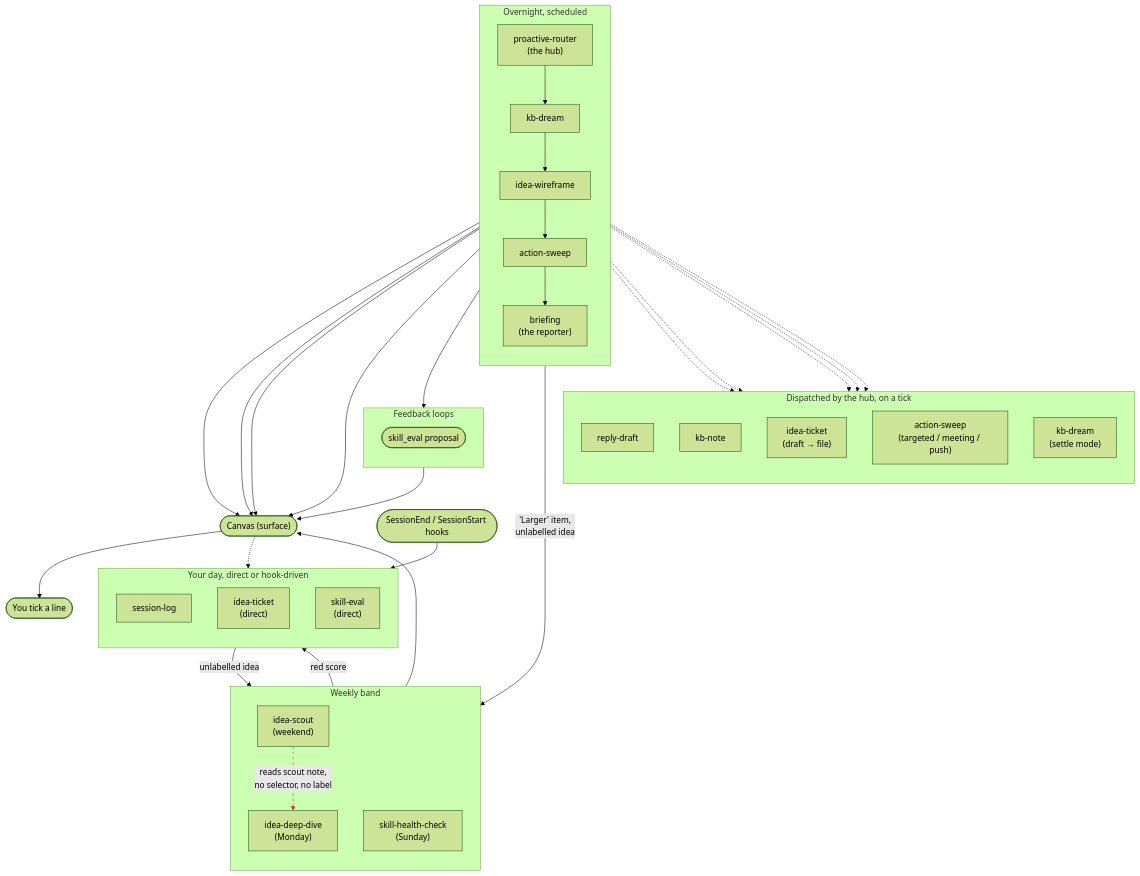
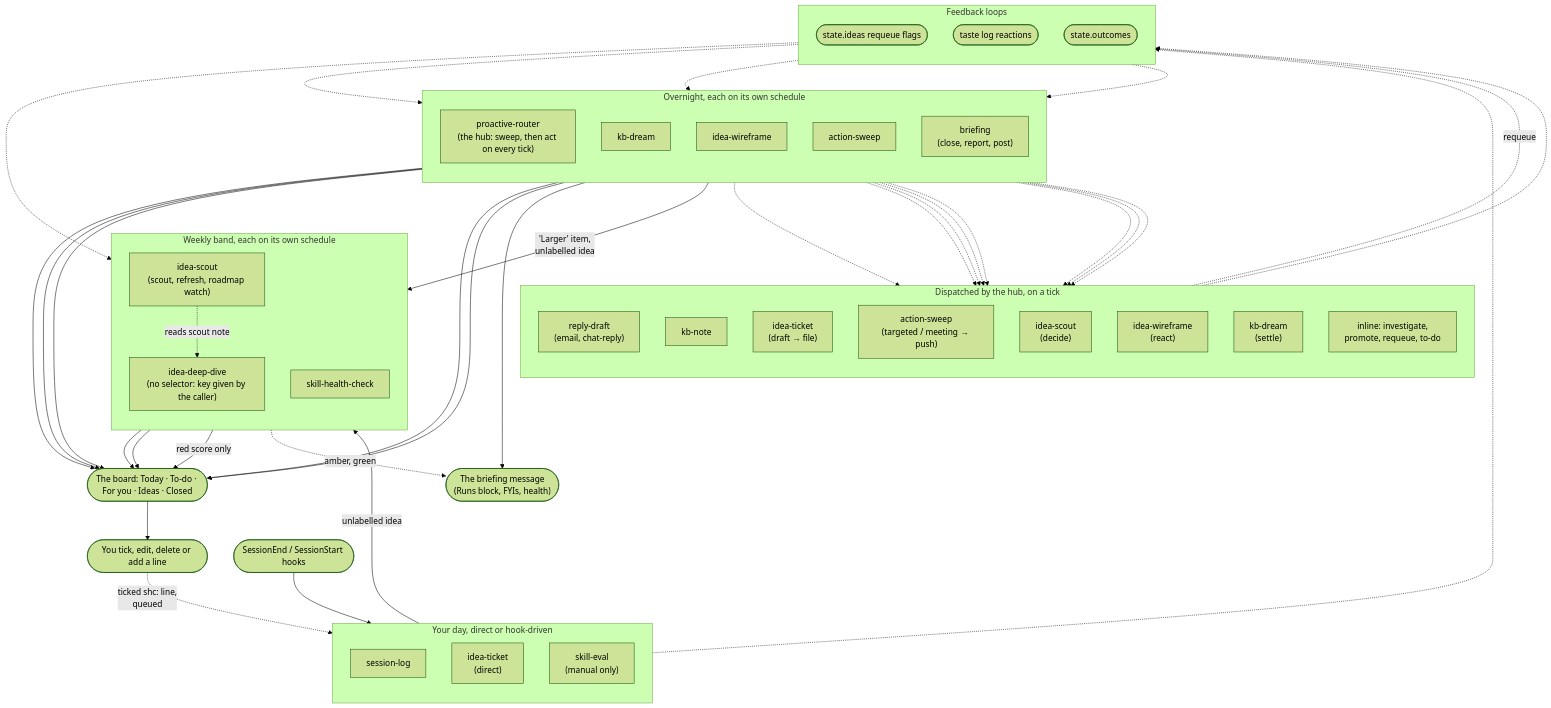
The diagram in docs/skill-flow.md (mrp901/marcketplace), drawn with Mermaid (forest theme) before and after one commit. The commit also changed other lines of this file and 119 other files, not shown here.

First line of the commit message:
Canvas redesign: every tick means yes, do it (1.1.0)

````diff
--- a/docs/skill-flow.md
+++ b/docs/skill-flow.md
@@ -25,69 +29,85 @@
 ```mermaid
 flowchart TB
-    subgraph overnight["Overnight, scheduled"]
+    subgraph overnight["Overnight, each on its own schedule"]
         direction TB
-        router["proactive-router\n(the hub)"]
+        router["proactive-router\n(the hub: sweep, then act on every tick)"]
         dream["kb-dream"]
         wireframe["idea-wireframe"]
         sweep["action-sweep"]
-        briefing["briefing\n(the reporter)"]
-        router --> dream --> wireframe --> sweep --> briefing
+        briefing["briefing\n(close, report, post)"]
     end
 
-    canvas(["Canvas (surface)"])
-    tick(["You tick a line"])
+    board(["The board: Today · To-do · For you · Ideas · Closed"])
+    tick(["You tick, edit, delete or add a line"])
+    message(["The briefing message\n(Runs block, FYIs, health)"])
 
-    briefing --> canvas
-    dream --> canvas
-    wireframe --> canvas
-    sweep --> canvas
-    canvas --> tick
+    router --> board
+    dream --> board
+    wireframe --> board
+    sweep --> board
+    briefing --> board
+    briefing --> message
+    board --> tick
 
     subgraph handlers["Dispatched by the hub, on a tick"]
         direction TB
-        replydraft["reply-draft"]
+        replydraft["reply-draft\n(email, chat-reply)"]
         kbnote["kb-note"]
         ideaticket["idea-ticket\n(draft → file)"]
-        sweeptargeted["action-sweep\n(targeted / meeting / push)"]
-        dreamsettle["kb-dream\n(settle mode)"]
+        sweeptargeted["action-sweep\n(targeted / meeting → push)"]
+        scoutdecide["idea-scout\n(decide)"]
+        wireframereact["idea-wireframe\n(react)"]
+        dreamsettle["kb-dream\n(settle)"]
+        inline["inline: investigate,\npromote, requeue, to-do"]
     end
 
     router -.-> replydraft
     router -.-> kbnote
     router -.-> ideaticket
     router -.-> sweeptargeted
+    router -.-> scoutdecide
+    router -.-> wireframereact
     router -.-> dreamsettle
+    router -.-> inline
 
     subgraph manual["Your day, direct or hook-driven"]
         direction TB
         sessionlog["session-log"]
         ideaticketdirect["idea-ticket\n(direct)"]
-        skilleval["skill-eval\n(direct)"]
+        skilleval["skill-eval\n(manual only)"]
     end
 
     sessionhook(["SessionEnd / SessionStart hooks"])
     sessionhook --> sessionlog
 
-    subgraph weekly["Weekly band"]
+    subgraph weekly["Weekly band, each on its own schedule"]
         direction TB
-        scout["idea-scout\n(weekend)"]
-        deepdive["idea-deep-dive\n(Monday)"]
-        healthcheck["skill-health-check\n(Sunday)"]
+        scout["idea-scout\n(scout, refresh, roadmap watch)"]
+        deepdive["idea-deep-dive\n(no selector: key given by the caller)"]
+        healthcheck["skill-health-check"]
     end
 
     ideaticketdirect -->|"unlabelled idea"| scout
     sweep -->|"'Larger' item,\nunlabelled idea"| scout
-    scout -.->|"reads scout note,\nno selector, no label"| deepdive
-    healthcheck --> canvas
+    scout -.->|"reads scout note"| deepdive
+    scout --> board
+    deepdive --> board
+    healthcheck -->|"red score only"| board
+    healthcheck -.->|"amber, green"| message
 
     subgraph feedback["Feedback loops"]
         direction TB
-        proposal(["skill_eval proposal"])
+        requeue(["state.ideas requeue flags"])
+        tastelog(["taste log reactions"])
+        outcomes(["state.outcomes"])
     end
 
-    dream --> proposal --> canvas
-    canvas -.-> skilleval
-    healthcheck -->|"red score"| skilleval
-
-    linkStyle 17 stroke:#c0392b,stroke-dasharray: 5 5
+    inline -.->|"requeue"| requeue
+    wireframereact -.-> tastelog
+    requeue -.-> scout
+    requeue -.-> wireframe
+    tastelog -.-> wireframe
+    tick -.->|"ticked shc: line,\nqueued"| skilleval
+    skilleval -.-> outcomes
+    outcomes -.-> briefing
 ```
````
